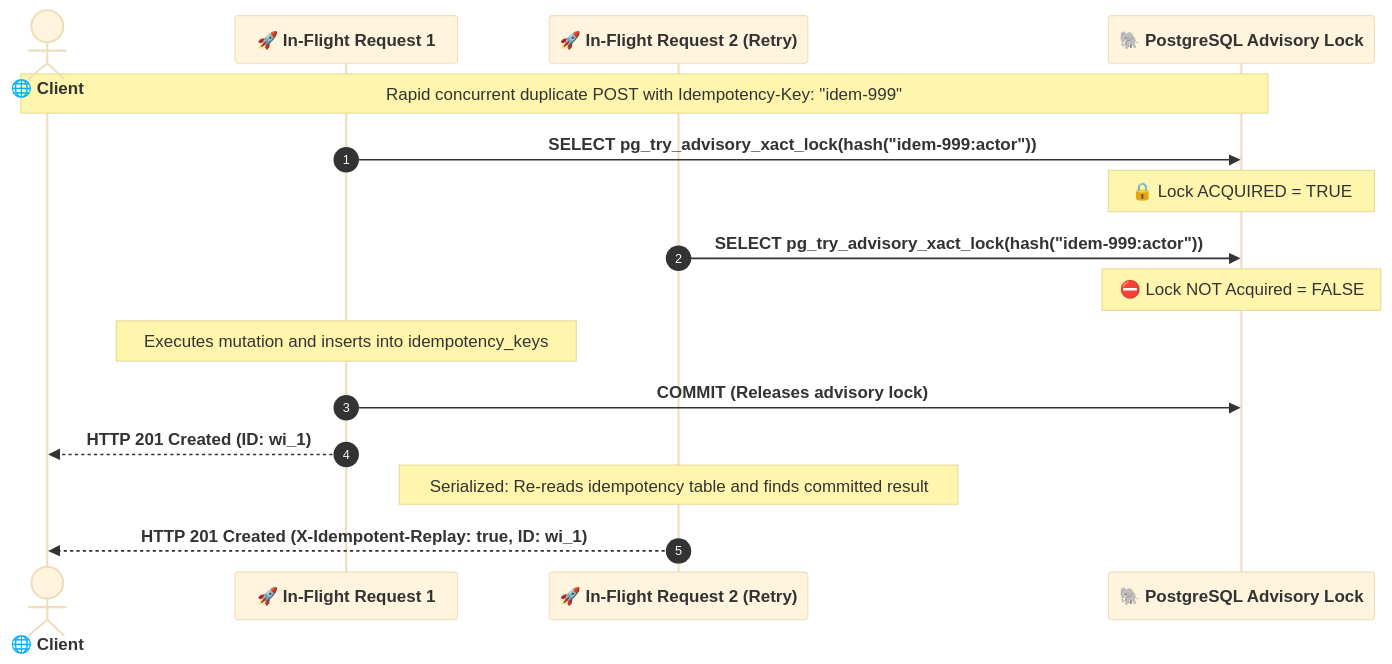
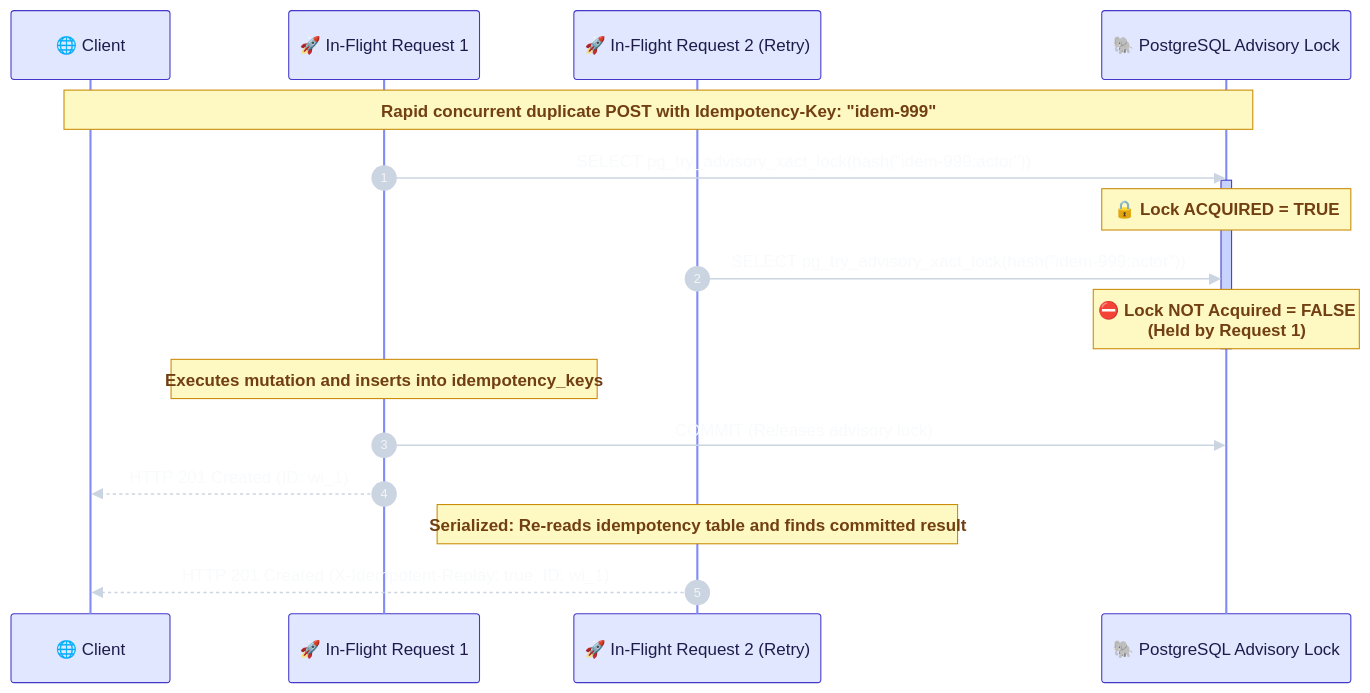
One commit to matrix-1407/OpsPulse-Newtonite changed the fourth of 4 diagrams in ENGINEERING_DECISIONS.md. Above: the diagram before and after it, drawn with Mermaid. The commit also changed other lines of this file and 1 other file, not shown here.

Commit message:
docs: improve readability, colors and fix Mermaid parse errors in diagrams

````diff
--- a/ENGINEERING_DECISIONS.md
+++ b/ENGINEERING_DECISIONS.md
@@ -316,39 +372,50 @@
 ```mermaid
 %%{init: {
   'theme': 'base',
   'themeVariables': {
-    'fontFamily': 'Inter, system-ui, -apple-system, sans-serif'
-  },
-  'sequence': {
-    'actorFontSize': 16,
+    'fontFamily': 'Inter, system-ui, -apple-system, sans-serif',
+    'actorFontSize': 15,
     'actorFontWeight': 700,
-    'noteFontSize': 14,
-    'noteFontWeight': 600,
+    'actorBkg': '#e0e7ff',
+    'actorBorder': '#4338ca',
+    'actorTextColor': '#1e1b4b',
+    'actorLineColor': '#818cf8',
+    'signalColor': '#cbd5e1',
+    'signalTextColor': '#f8fafc',
     'messageFontSize': 14,
     'messageFontWeight': 600,
-    'width': 210,
-    'height': 45,
-    'boxMargin': 10,
-    'messageMargin': 30
+    'noteFontSize': 13,
+    'noteFontWeight': 600,
+    'noteBkgColor': '#fef9c3',
+    'noteBorderColor': '#ca8a04',
+    'noteTextColor': '#713f12',
+    'activationBkgColor': '#c7d2fe',
+    'activationBorderColor': '#4338ca',
+    'width': 220,
+    'height': 48,
+    'boxMargin': 12,
+    'messageMargin': 35
   }
 }}%%
 sequenceDiagram
     autonumber
-    actor Client as 🌐 Client
+    participant Client as 🌐 Client
     participant Req1 as 🚀 In-Flight Request 1
     participant Req2 as 🚀 In-Flight Request 2 (Retry)
     participant DB as 🐘 PostgreSQL Advisory Lock
 
     Note over Client, DB: Rapid concurrent duplicate POST with Idempotency-Key: "idem-999"
     Req1->>DB: SELECT pg_try_advisory_xact_lock(hash("idem-999:actor"))
+    activate DB
     Note over DB: 🔒 Lock ACQUIRED = TRUE
     Req2->>DB: SELECT pg_try_advisory_xact_lock(hash("idem-999:actor"))
-    Note over DB: ⛔ Lock NOT Acquired = FALSE
+    Note over DB: ⛔ Lock NOT Acquired = FALSE<br/>(Held by Request 1)
+    deactivate DB
 
     Note over Req1: Executes mutation and inserts into idempotency_keys
-    Req1->>DB: COMMIT (Releases advisory lock);
+    Req1->>DB: COMMIT (Releases advisory lock)
     Req1-->>Client: HTTP 201 Created (ID: wi_1)
 
     Note over Req2: Serialized: Re-reads idempotency table and finds committed result
     Req2-->>Client: HTTP 201 Created (X-Idempotent-Replay: true, ID: wi_1)
 ```
````
